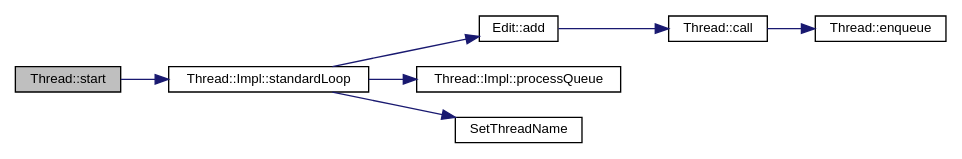
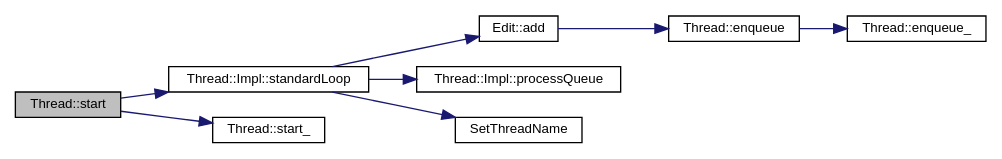
One commit to kokolorix/TheSimplestCPP changed the diagram in docs/class_thread_a1f53ee62bd30a7924186ef26150ce262_cgraph.dot. Above: the diagram before and after it, drawn with Graphviz. The commit also changed 289 other files, not shown here.

```diff
--- a/docs/class_thread_a1f53ee62bd30a7924186ef26150ce262_cgraph.dot
+++ b/docs/class_thread_a1f53ee62bd30a7924186ef26150ce262_cgraph.dot
@@ -1,21 +1,23 @@
 digraph "Thread::start"
 {
  // INTERACTIVE_SVG=YES
  // LATEX_PDF_SIZE
   edge [fontname="Helvetica",fontsize="10",labelfontname="Helvetica",labelfontsize="10"];
   node [fontname="Helvetica",fontsize="10",shape=record];
   rankdir="LR";
   Node1 [label="Thread::start",height=0.2,width=0.4,color="black", fillcolor="grey75", style="filled", fontcolor="black",tooltip="Starts the Thread with Thread::Impl::standardLoop."];
   Node1 -> Node2 [color="midnightblue",fontsize="10",style="solid",fontname="Helvetica"];
   Node2 [label="Thread::Impl::standardLoop",height=0.2,width=0.4,color="black", fillcolor="white", style="filled",URL="$struct_thread_1_1_impl.html#a0164f5b95922ac969d1d81914e5d5eb9",tooltip="The normally used processing loop of a background thread."];
   Node2 -> Node3 [color="midnightblue",fontsize="10",style="solid",fontname="Helvetica"];
   Node3 [label="Edit::add",height=0.2,width=0.4,color="black", fillcolor="white", style="filled",URL="$class_edit.html#a3ced1bcf14de542e25d512991bcfed2f",tooltip=" "];
   Node3 -> Node4 [color="midnightblue",fontsize="10",style="solid",fontname="Helvetica"];
-  Node4 [label="Thread::call",height=0.2,width=0.4,color="black", fillcolor="white", style="filled",URL="$class_thread.html#adb11ad65376e640d84d47f0394f94f10",tooltip="The code that will be enqued in the threads task queue."];
+  Node4 [label="Thread::enqueue",height=0.2,width=0.4,color="black", fillcolor="white", style="filled",URL="$class_thread.html#abf7db5b09bd25b345e80577f71321ee9",tooltip="The code that will be enqued in the threads task queue."];
   Node4 -> Node5 [color="midnightblue",fontsize="10",style="solid",fontname="Helvetica"];
-  Node5 [label="Thread::enqueue",height=0.2,width=0.4,color="black", fillcolor="white", style="filled",URL="$class_thread.html#a1333a7179253857c1431b82e162272fd",tooltip=" "];
+  Node5 [label="Thread::enqueue_",height=0.2,width=0.4,color="black", fillcolor="white", style="filled",URL="$class_thread.html#a3ee4bd6db78554c9ea75cf242b8ae273",tooltip="push the functor in the queue"];
   Node2 -> Node6 [color="midnightblue",fontsize="10",style="solid",fontname="Helvetica"];
   Node6 [label="Thread::Impl::processQueue",height=0.2,width=0.4,color="black", fillcolor="white", style="filled",URL="$struct_thread_1_1_impl.html#ae467f41841d4236274bf360f470ec775",tooltip="process the queue of functors, usually called form notify-functor"];
   Node2 -> Node7 [color="midnightblue",fontsize="10",style="solid",fontname="Helvetica"];
   Node7 [label="SetThreadName",height=0.2,width=0.4,color="black", fillcolor="white", style="filled",URL="$_thread_8cpp.html#a1b6cdfcdd75b61856b37cf13deae9334",tooltip=" "];
+  Node1 -> Node8 [color="midnightblue",fontsize="10",style="solid",fontname="Helvetica"];
+  Node8 [label="Thread::start_",height=0.2,width=0.4,color="black", fillcolor="white", style="filled",URL="$class_thread.html#af1a12dd97c3644116d394f655ca63c86",tooltip=" "];
 }
```
